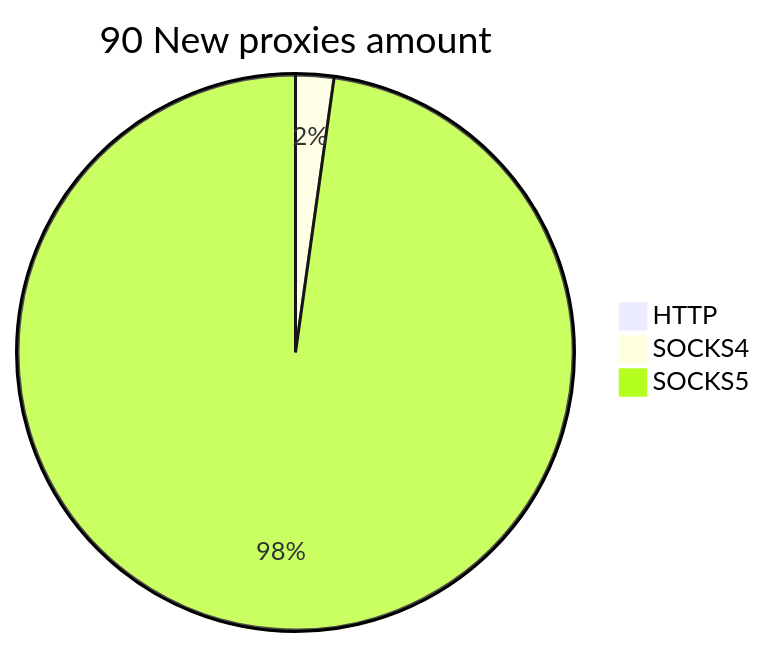
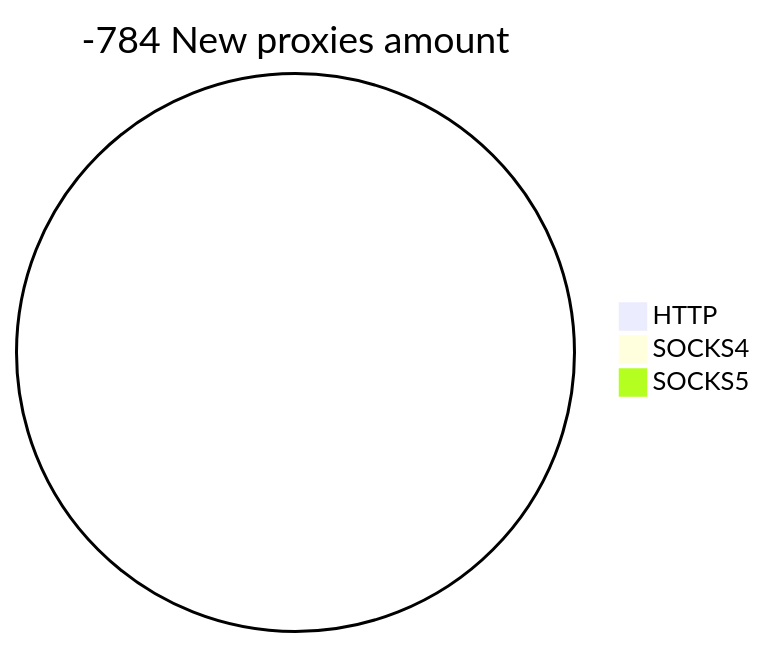
One commit to cutipu/proxylist changed the second of 2 diagrams in README.md. Above: the diagram before and after it, drawn with Mermaid. The commit also changed other lines of this file, not shown here.

````diff
--- a/README.md
+++ b/README.md
@@ -10,6 +10,6 @@
 ```mermaid
-pie title 90 New proxies amount
+pie title -784 New proxies amount
     "HTTP" : 0
-    "SOCKS4" : 2
-    "SOCKS5" : 88
+    "SOCKS4" : 0
+    "SOCKS5" : 0
 ```
````
